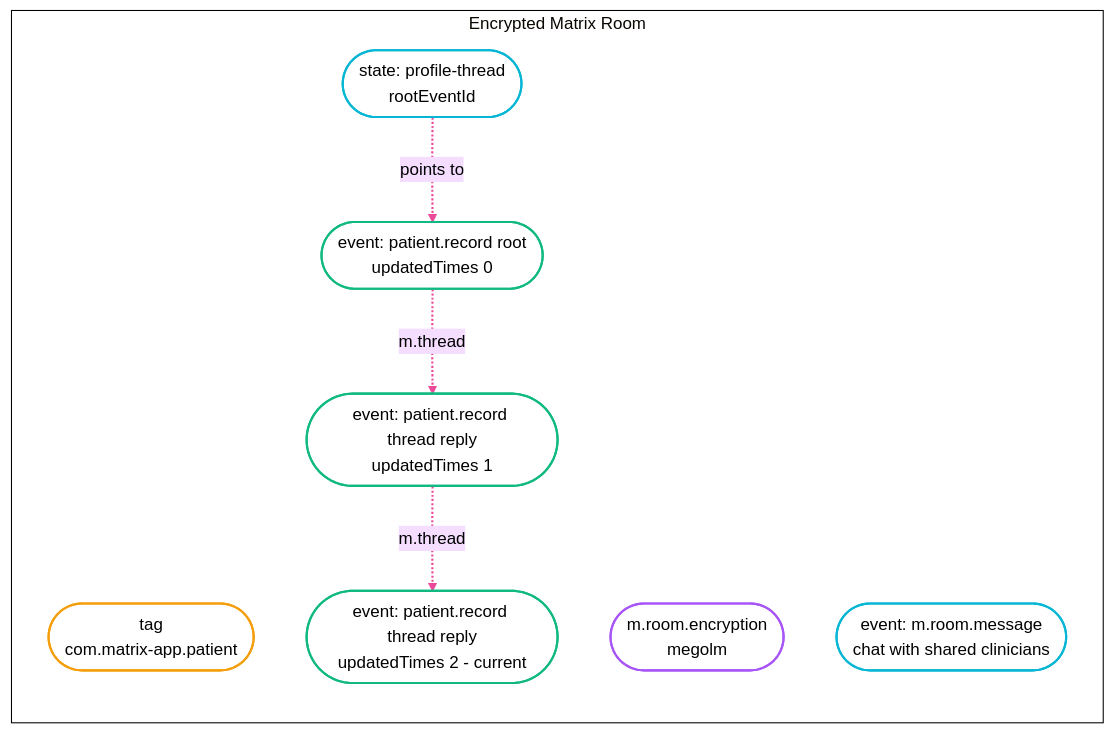
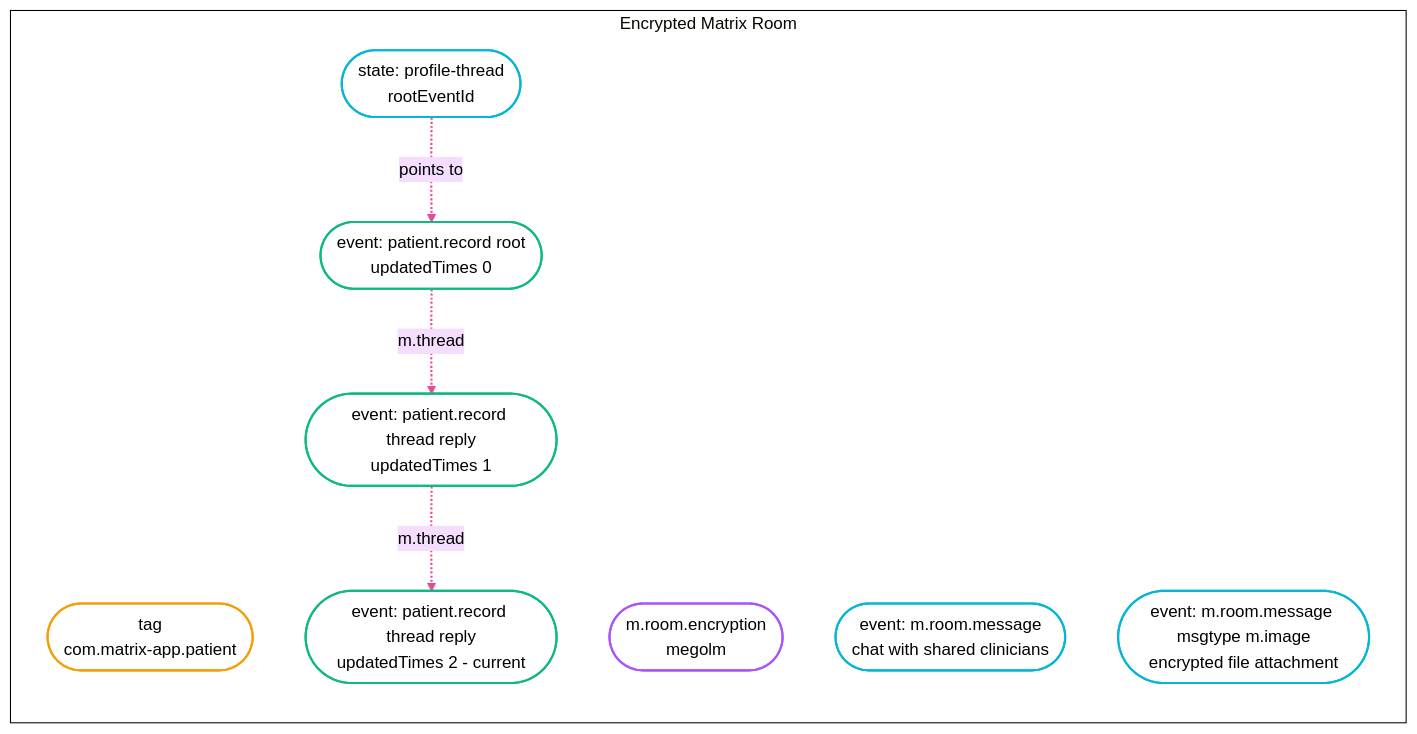
Before and after one commit to quochuydev/matrix-e2e-emr: the fourth of 5 diagrams in packages/matrix-client/README.md, drawn with Mermaid. The commit also changed other lines of this file and 1 other file, not shown here.

First line of the commit message:
docs(diagrams): sync READMEs with joinClinic + image attachments

````diff
--- a/packages/matrix-client/README.md
+++ b/packages/matrix-client/README.md
@@ -136,24 +136,25 @@
 ```mermaid
 %%{init: {'theme':'base','themeVariables':{'background':'#ffffff','primaryTextColor':'#000000','primaryBorderColor':'#000000','lineColor':'#ec4899','clusterBkg':'#ffffff','clusterBorder':'#000000','fontFamily':'system-ui'}}}%%
 flowchart TB
   subgraph Room["Encrypted Matrix Room"]
     direction TB
     Tag(["tag<br/>com.matrix-app.patient"]):::orange
     Enc(["m.room.encryption<br/>megolm"]):::purple
     Pthread(["state: profile-thread<br/>rootEventId"]):::cyan
     Root(["event: patient.record root<br/>updatedTimes 0"]):::green
     Rev1(["event: patient.record thread reply<br/>updatedTimes 1"]):::green
     Rev2(["event: patient.record thread reply<br/>updatedTimes 2 - current"]):::green
     Msg1(["event: m.room.message<br/>chat with shared clinicians"]):::cyan
+    Img1(["event: m.room.message msgtype m.image<br/>encrypted file attachment"]):::cyan
   end
 
   Pthread -.->|points to| Root
   Root -.->|m.thread| Rev1
   Rev1 -.->|m.thread| Rev2
 
   classDef orange fill:#ffffff,stroke:#f59e0b,stroke-width:2px,color:#000000
   classDef cyan fill:#ffffff,stroke:#06b6d4,stroke-width:2px,color:#000000
   classDef purple fill:#ffffff,stroke:#a855f7,stroke-width:2px,color:#000000
   classDef green fill:#ffffff,stroke:#10b981,stroke-width:2px,color:#000000
   linkStyle default stroke:#ec4899,stroke-width:2px
 ```
````
